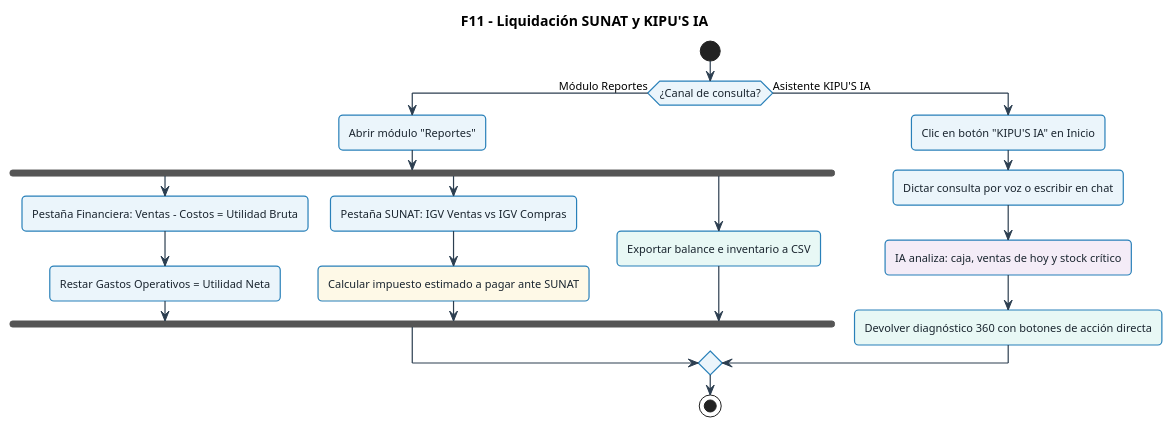
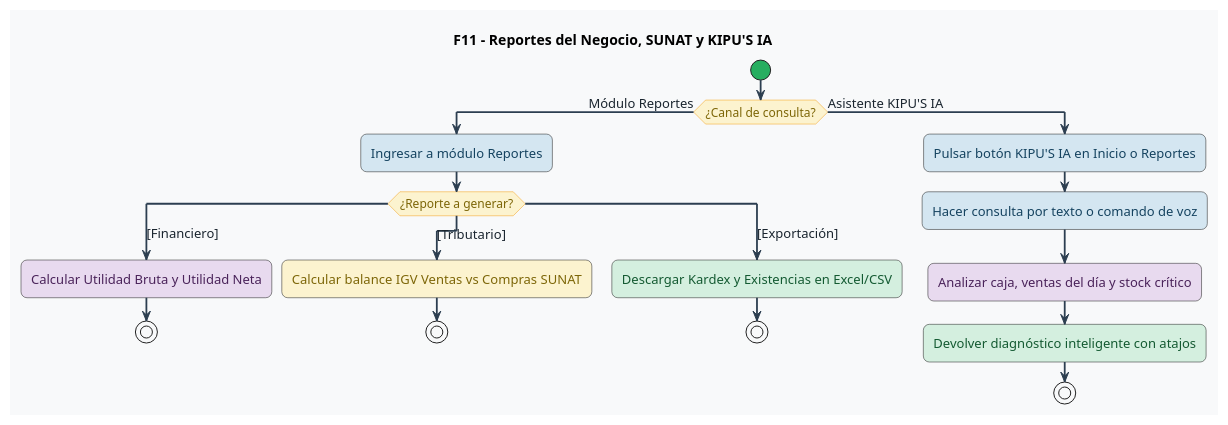
The diagram in docs/UML-flujos/11_reportes_sunat_ia.puml (xmenil/ERP-KIPUS), drawn with PlantUML before and after one commit. The commit also changed 23 other files, not shown here.

Commit message:
docs: actualizar diagramas PlantUML estilo Bizagi BPMN y corregir advertencias de sintaxis

```diff
--- a/docs/UML-flujos/11_reportes_sunat_ia.puml
+++ b/docs/UML-flujos/11_reportes_sunat_ia.puml
@@ -1,49 +1,74 @@
 @startuml
+<style>
+activityDiagram {
+  BackgroundColor #F8F9FA
+  BorderColor #2C3E50
+  FontColor #1A252F
+  FontSize 13
+  FontName "Segoe UI", Arial, sans-serif
+  RoundCorner 12
+  Padding 10
+  Margin 8
+
+  .verde {
+    BackgroundColor #D4EFDF
+    BorderColor #27AE60
+    FontColor #145A32
+  }
+  .amarillo {
+    BackgroundColor #FCF3CF
+    BorderColor #F39C12
+    FontColor #7D6608
+  }
+  .azul {
+    BackgroundColor #D4E6F1
+    BorderColor #2980B9
+    FontColor #154360
+  }
+  .morado {
+    BackgroundColor #E8DAEF
+    BorderColor #8E44AD
+    FontColor #4A235A
+  }
+  .rojo {
+    BackgroundColor #FADBD8
+    BorderColor #C0392B
+    FontColor #78281F
+  }
+}
+</style>
+
 skinparam defaultFontName "Segoe UI", Arial, sans-serif
-skinparam defaultFontSize 11
-skinparam roundCorner 8
-skinparam shadowing false
 skinparam ArrowColor #2C3E50
-skinparam ArrowThickness 1.2
+skinparam ArrowThickness 1.8
+skinparam activityStartColor #27AE60
+skinparam activityEndColor #C0392B
+skinparam activityDiamondBackgroundColor #FCF3CF
+skinparam activityDiamondBorderColor #F39C12
+skinparam activityDiamondFontColor #7D6608
+skinparam activityDiamondFontSize 12
 
-skinparam activity {
-  BackgroundColor #EBF5FB
-  BorderColor #2980B9
-  BorderThickness 1.2
-  FontColor #1A252F
-}
-skinparam decision {
-  BackgroundColor #FEF9E7
-  BorderColor #F39C12
-  BorderThickness 1.2
-  FontColor #7D6608
-}
-skinparam start {
-  Color #27AE60
-}
-skinparam stop {
-  Color #C0392B
-}
-
-title F11 - Liquidación SUNAT y KIPU'S IA
+title F11 - Reportes del Negocio, SUNAT y KIPU'S IA
 
 start
 if (¿Canal de consulta?) then (Módulo Reportes)
-  :Abrir módulo "Reportes";
-  fork
-    :Pestaña Financiera: Ventas - Costos = Utilidad Bruta;
-    :Restar Gastos Operativos = Utilidad Neta;
-  fork again
-    :Pestaña SUNAT: IGV Ventas vs IGV Compras;
-    #FEF9E7:Calcular impuesto estimado a pagar ante SUNAT;
-  fork again
-    #E8F8F5:Exportar balance e inventario a CSV;
-  end fork
+  :Ingresar a módulo Reportes; <<azul>>
+  switch (¿Reporte a generar?)
+  case ([Financiero])
+    :Calcular Utilidad Bruta y Utilidad Neta; <<morado>>
+    stop
+  case ([Tributario])
+    :Calcular balance IGV Ventas vs Compras SUNAT; <<amarillo>>
+    stop
+  case ([Exportación])
+    :Descargar Kardex y Existencias en Excel/CSV; <<verde>>
+    stop
+  endswitch
 else (Asistente KIPU'S IA)
-  :Clic en botón "KIPU'S IA" en Inicio;
-  :Dictar consulta por voz o escribir en chat;
-  #F4ECF7:IA analiza: caja, ventas de hoy y stock crítico;
-  #E8F8F5:Devolver diagnóstico 360 con botones de acción directa;
+  :Pulsar botón KIPU'S IA en Inicio o Reportes; <<azul>>
+  :Hacer consulta por texto o comando de voz; <<azul>>
+  :Analizar caja, ventas del día y stock crítico; <<morado>>
+  :Devolver diagnóstico inteligente con atajos; <<verde>>
+  stop
 endif
-stop
 @enduml
```
